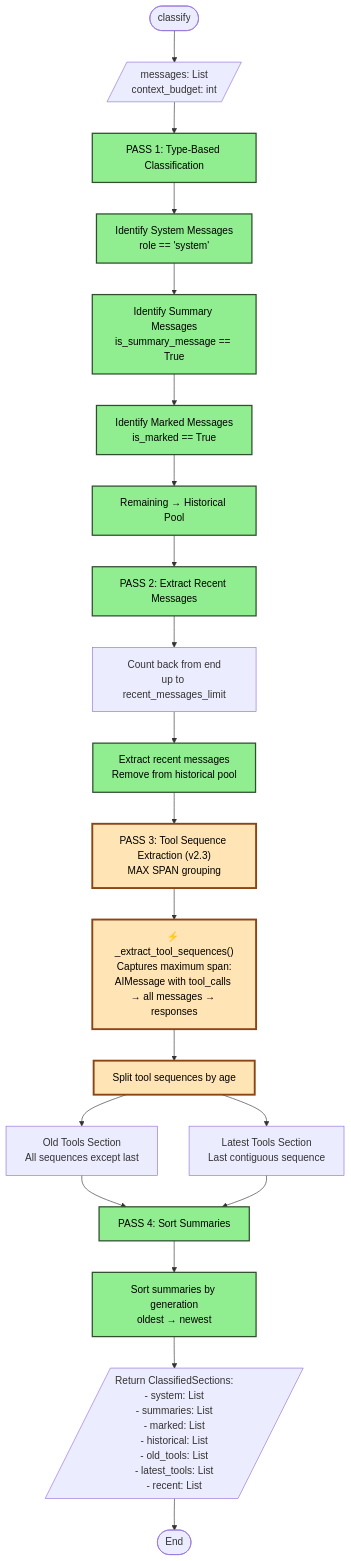
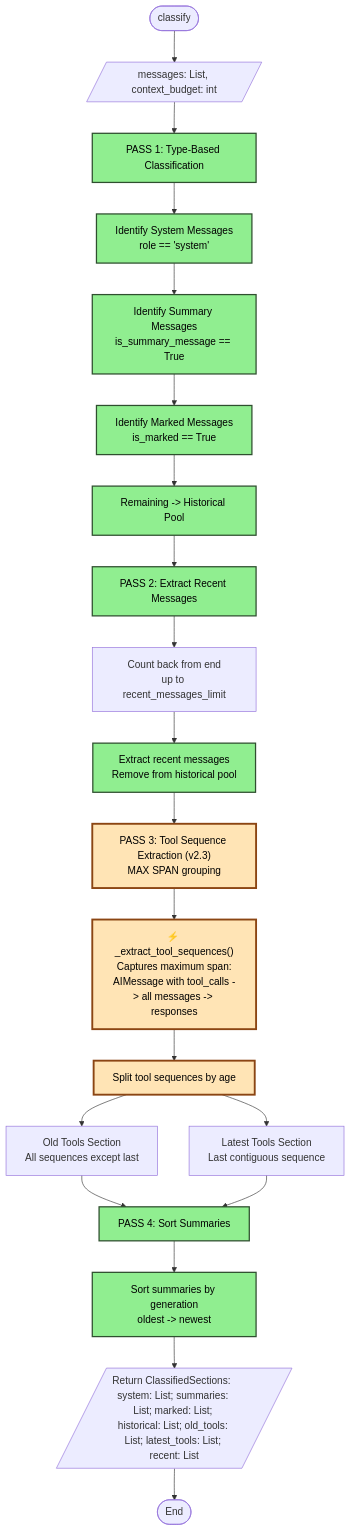
Before and after one commit to Deepakk681/kiwiq: the fifth of 22 diagrams in docs/design_docs/workflow_service_docs/technical_design/prompt_compaction/CODE_FLOW_DIAGRAMS.md, drawn with Mermaid. The commit also changed other lines of this file and 38 other files, not shown here.

````diff
--- a/docs/design_docs/workflow_service_docs/technical_design/prompt_compaction/CODE_FLOW_DIAGRAMS.md
+++ b/docs/design_docs/workflow_service_docs/technical_design/prompt_compaction/CODE_FLOW_DIAGRAMS.md
@@ -353,36 +383,36 @@
 ```mermaid
 graph TB
-    START([classify]) --> INPUT[/messages: List<br/>context_budget: int/]
+    START([classify]) --> INPUT[/messages: List, context_budget: int/]
 
     INPUT --> PASS1[PASS 1: Type-Based Classification]
 
     PASS1 --> SYSTEM[Identify System Messages<br/>role == 'system']
     SYSTEM --> SUMMARY[Identify Summary Messages<br/>is_summary_message == True]
     SUMMARY --> MARKED[Identify Marked Messages<br/>is_marked == True]
-    MARKED --> HISTORICAL[Remaining → Historical Pool]
+    MARKED --> HISTORICAL[Remaining -> Historical Pool]
 
     HISTORICAL --> PASS2[PASS 2: Extract Recent Messages]
     PASS2 --> RECENT_COUNT[Count back from end<br/>up to recent_messages_limit]
     RECENT_COUNT --> RECENT_EXTRACT[Extract recent messages<br/>Remove from historical pool]
 
     RECENT_EXTRACT --> PASS3["PASS 3: Tool Sequence Extraction (v2.3)<br/>MAX SPAN grouping"]
-    PASS3 --> EXTRACT_TOOLS["⚡ _extract_tool_sequences()<br/>Captures maximum span:<br/>AIMessage with tool_calls → all messages → responses"]
+    PASS3 --> EXTRACT_TOOLS["⚡ _extract_tool_sequences()<br/>Captures maximum span:<br/>AIMessage with tool_calls -> all messages -> responses"]
     EXTRACT_TOOLS --> SPLIT_TOOLS[Split tool sequences by age]
 
     SPLIT_TOOLS --> OLD_TOOLS[Old Tools Section<br/>All sequences except last]
     SPLIT_TOOLS --> LATEST_TOOLS[Latest Tools Section<br/>Last contiguous sequence]
 
     OLD_TOOLS --> PASS4[PASS 4: Sort Summaries]
     LATEST_TOOLS --> PASS4
 
-    PASS4 --> SORT_SUM[Sort summaries by generation<br/>oldest → newest]
-    SORT_SUM --> RESULT[/Return ClassifiedSections:<br/>- system: List<br/>- summaries: List<br/>- marked: List<br/>- historical: List<br/>- old_tools: List<br/>- latest_tools: List<br/>- recent: List/]
+    PASS4 --> SORT_SUM[Sort summaries by generation<br/>oldest -> newest]
+    SORT_SUM --> RESULT[/Return ClassifiedSections:  system: List; summaries: List; marked: List; historical: List; old_tools: List; latest_tools: List; recent: List/]
 
     RESULT --> END([End])
 
     classDef v20 fill:#90EE90,stroke:#2F4F2F,stroke-width:2px,color:#000
     classDef v23 fill:#FFE4B5,stroke:#8B4513,stroke-width:3px,color:#000
 
     class PASS1,PASS2,PASS4,SYSTEM,SUMMARY,MARKED,HISTORICAL,RECENT_EXTRACT,SORT_SUM v20
     class PASS3,EXTRACT_TOOLS,SPLIT_TOOLS v23
 ```
````
